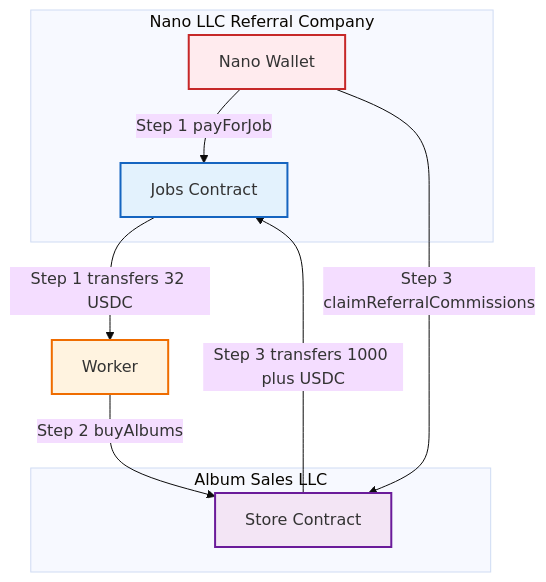
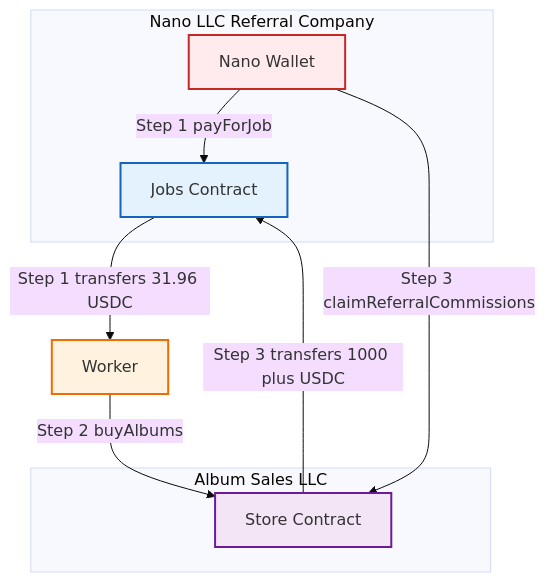
One commit to rowhq/hitmachine changed the first of 2 diagrams in SIMPLE_FLOW.md. Above: the diagram before and after it, drawn with Mermaid (base theme). The commit also changed other lines of this file and 140 other files, not shown here.

````diff
--- a/SIMPLE_FLOW.md
+++ b/SIMPLE_FLOW.md
@@ -19,24 +19,24 @@
 ```mermaid
 flowchart TB
     subgraph NanoLLC[Nano LLC Referral Company]
         NanoWallet[Nano Wallet]
         JobsContract[Jobs Contract]
     end
     
     subgraph AlbumSalesLLC[Album Sales LLC]
         StoreContract[Store Contract]
     end
     
     Worker[Worker]
     
     NanoWallet -->|Step 1 payForJob| JobsContract
-    JobsContract -->|Step 1 transfers 32 USDC| Worker
+    JobsContract -->|Step 1 transfers 31.96 USDC| Worker
     Worker -->|Step 2 buyAlbums| StoreContract
     NanoWallet -->|Step 3 claimReferralCommissions| StoreContract
     StoreContract -->|Step 3 transfers 1000 plus USDC| JobsContract
     
     style NanoWallet fill:#ffebee,stroke:#c62828,stroke-width:2px
     style JobsContract fill:#e3f2fd,stroke:#1565c0,stroke-width:2px
     style Worker fill:#fff3e0,stroke:#ef6c00,stroke-width:2px
     style StoreContract fill:#f3e5f5,stroke:#6a1b9a,stroke-width:2px
 ```
````
